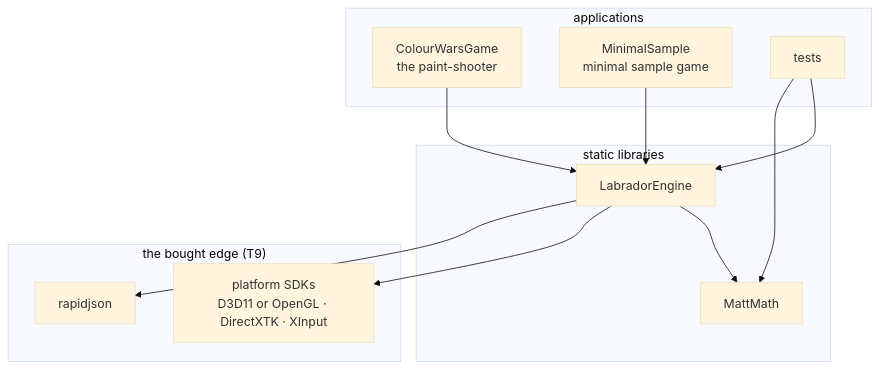
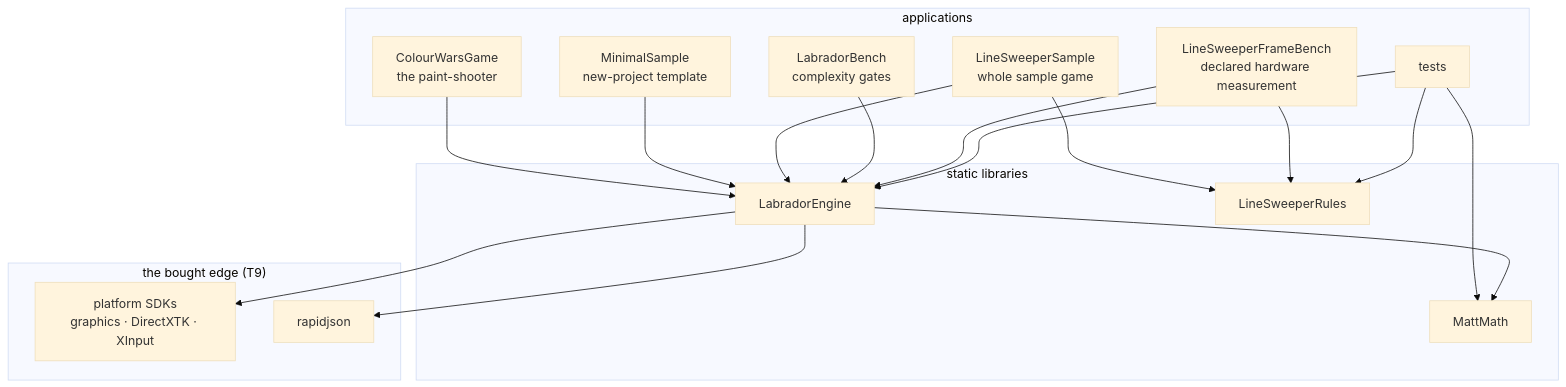
The first of 2 diagrams in docs/design/ARCHITECTURE.md (matt439/Labrador), drawn with Mermaid (base theme) before and after one commit. The commit also changed other lines of this file and 45 other files, not shown here.

First line of the commit message:
Measure the LineSweeper reference workload on disposable EC2 hardware

````diff
--- a/docs/design/ARCHITECTURE.md
+++ b/docs/design/ARCHITECTURE.md
@@ -43,23 +44,33 @@
 ```mermaid
 flowchart TD
     subgraph apps["applications"]
         game["ColourWarsGame<br/>the paint-shooter"]
-        sample["MinimalSample<br/>minimal sample game"]
+        sample["MinimalSample<br/>new-project template"]
+        linesweeper["LineSweeperSample<br/>whole sample game"]
+        throughput["LabradorBench<br/>complexity gates"]
+        frame["LineSweeperFrameBench<br/>declared hardware measurement"]
         tests["tests"]
     end
     subgraph libs["static libraries"]
         engine["LabradorEngine"]
         math["MattMath"]
+        rules["LineSweeperRules"]
     end
     subgraph edge["the bought edge (T9)"]
-        sdks["platform SDKs<br/>D3D11 or OpenGL · DirectXTK · XInput"]
+        sdks["platform SDKs<br/>graphics · DirectXTK · XInput"]
         rapidjson["rapidjson"]
     end
     game --> engine
     sample --> engine
+    linesweeper --> engine
+    linesweeper --> rules
+    throughput --> engine
+    frame --> engine
+    frame --> rules
     tests --> engine
     tests --> math
+    tests --> rules
     engine --> math
     engine --> sdks
     engine --> rapidjson
 ```
````
